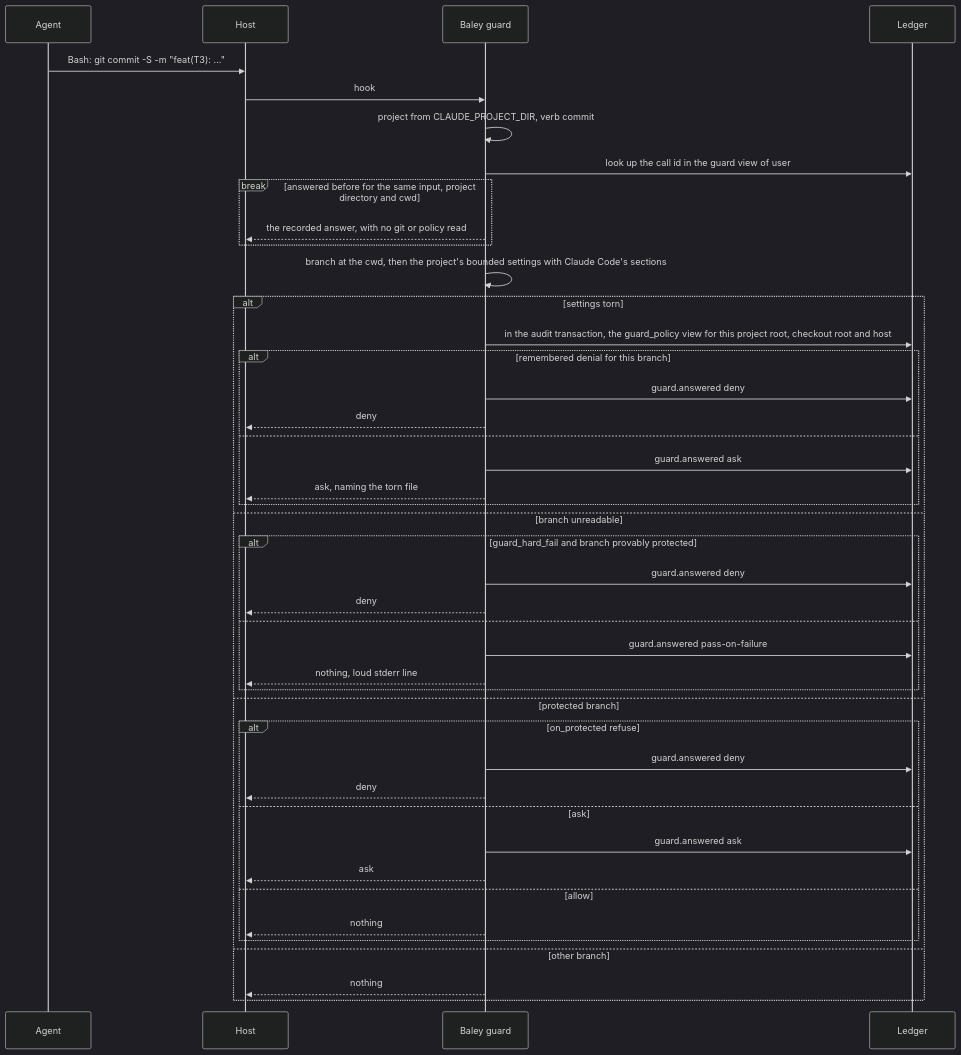
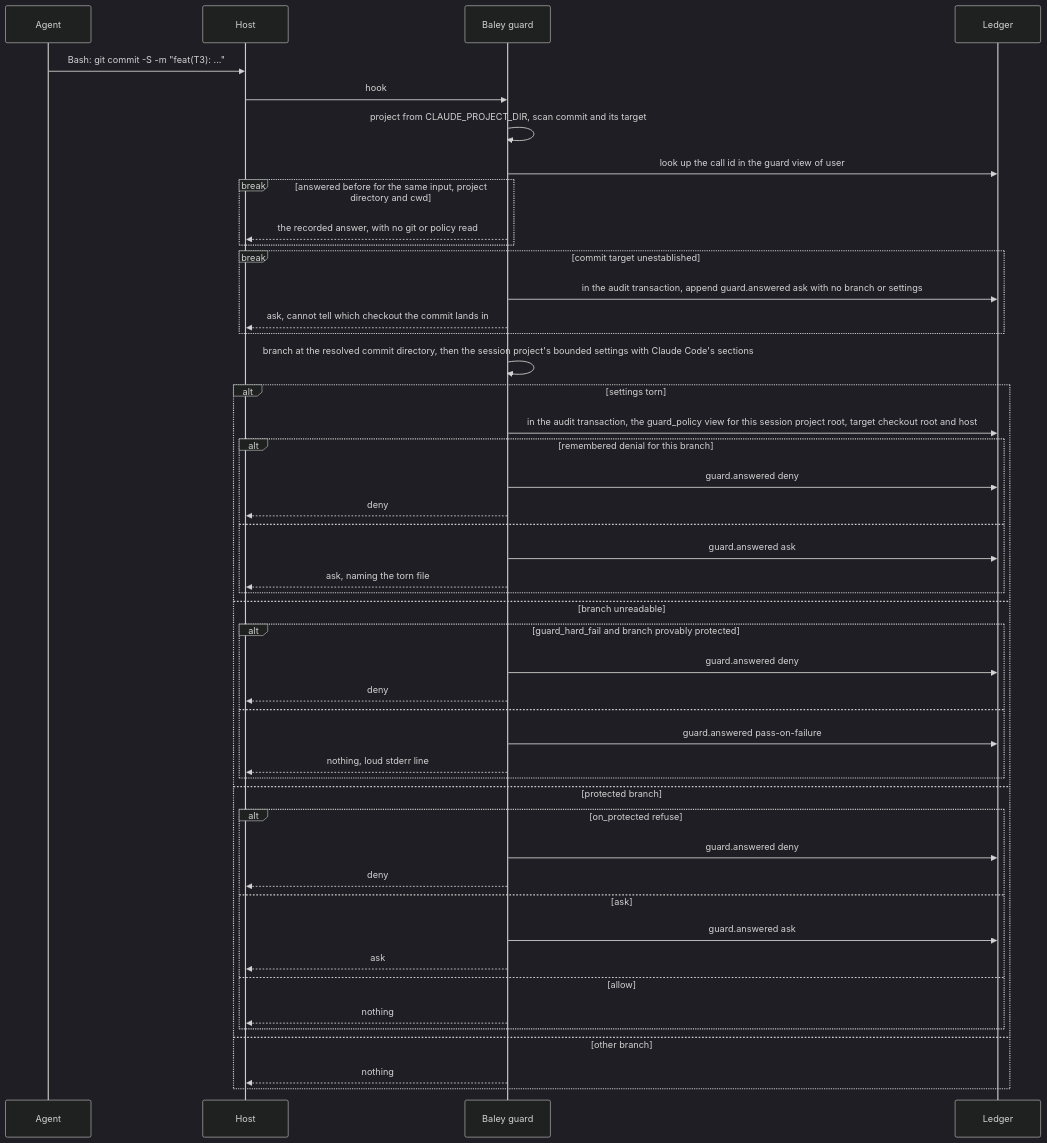
Before and after one commit to crenshawdev/baley: the third of 3 diagrams in docs/design/0010-guard.md, drawn with Mermaid (dark theme). The commit also changed other lines of this file, not shown here.

First line of the commit message:
docs(design): describe commit targets throughout the guard

````diff
--- a/docs/design/0010-guard.md
+++ b/docs/design/0010-guard.md
@@ -249,45 +249,49 @@
 ```mermaid
 sequenceDiagram
   participant A as Agent
   participant H as Host
   participant G as Baley guard
   participant L as Ledger
   A->>H: Bash: git commit -S -m "feat(T3): ..."
   H->>G: hook
-  G->>G: project from CLAUDE_PROJECT_DIR, verb commit
+  G->>G: project from CLAUDE_PROJECT_DIR, scan commit and its target
   G->>L: look up the call id in the guard view of user
   break answered before for the same input, project directory and cwd
     G-->>H: the recorded answer, with no git or policy read
   end
-  G->>G: branch at the cwd, then the project's bounded settings with Claude Code's sections
+  break commit target unestablished
+    G->>L: in the audit transaction, append guard.answered ask with no branch or settings
+    G-->>H: ask, cannot tell which checkout the commit lands in
+  end
+  G->>G: branch at the resolved commit directory, then the session project's bounded settings with Claude Code's sections
   alt settings torn
-    G->>L: in the audit transaction, the guard_policy view for this project root, checkout root and host
+    G->>L: in the audit transaction, the guard_policy view for this session project root, target checkout root and host
     alt remembered denial for this branch
       G->>L: guard.answered deny
       G-->>H: deny
     else
       G->>L: guard.answered ask
       G-->>H: ask, naming the torn file
     end
   else branch unreadable
     alt guard_hard_fail and branch provably protected
       G->>L: guard.answered deny
       G-->>H: deny
     else
       G->>L: guard.answered pass-on-failure
       G-->>H: nothing, loud stderr line
     end
   else protected branch
     alt on_protected refuse
       G->>L: guard.answered deny
       G-->>H: deny
     else ask
       G->>L: guard.answered ask
       G-->>H: ask
     else allow
       G-->>H: nothing
     end
   else other branch
     G-->>H: nothing
   end
 ```
````
